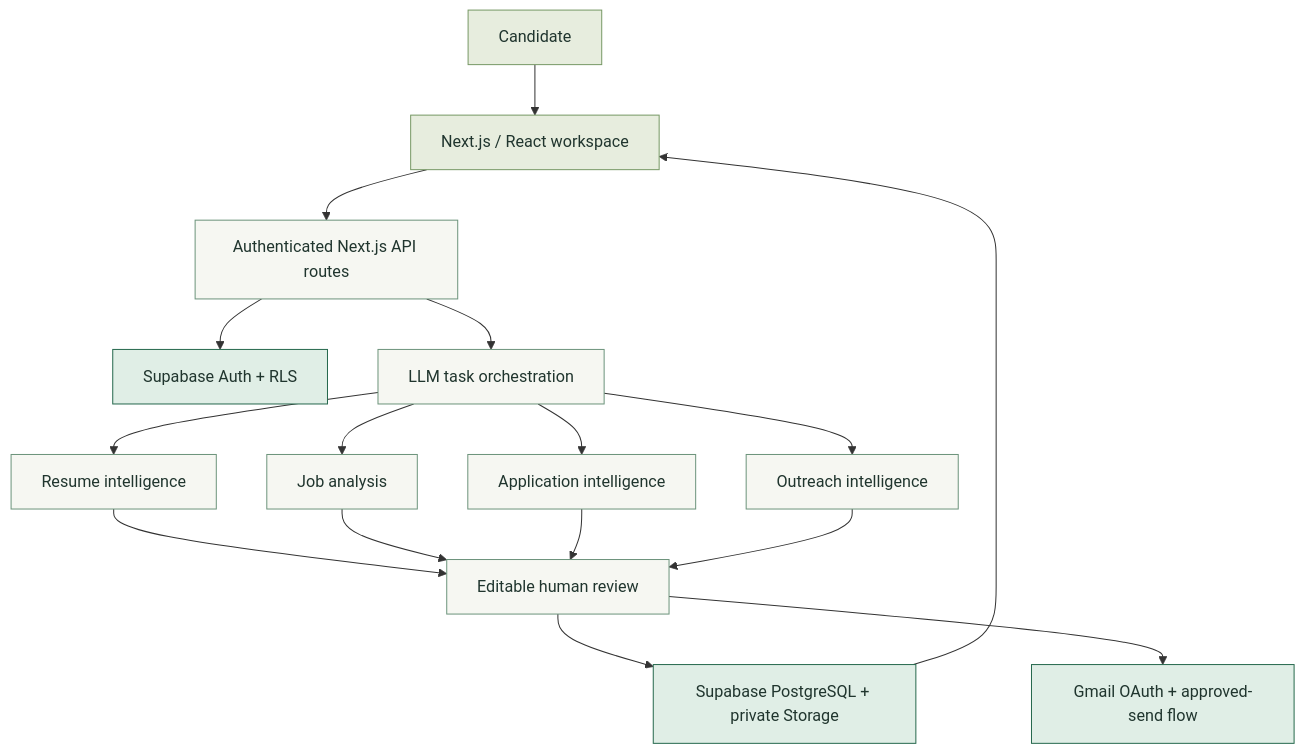
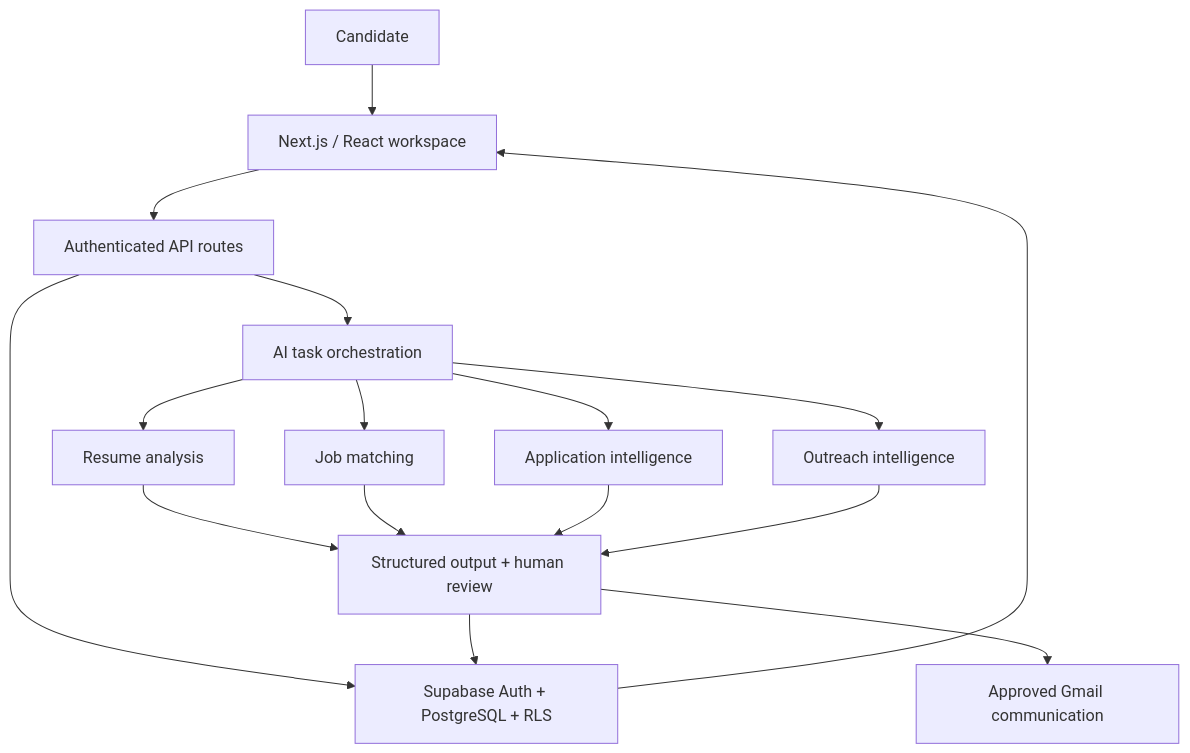
Before and after one commit to MukundGarg/outreach: the diagram in README.md, drawn with Mermaid. The commit also changed other lines of this file, not shown here.

Commit message:
docs: replace pitch-style README with detailed product and architecture documentation

```diff
--- a/README.md
+++ b/README.md
@@ -108,24 +174,18 @@
 ~~~mermaid
 flowchart TD
-    U["Candidate"] --> W["Next.js / React workspace"]
-    W --> API["Authenticated Next.js API routes"]
-    API --> AUTH["Supabase Auth + RLS"]
-    API --> ORCH["LLM task orchestration"]
-    ORCH --> R["Resume intelligence"]
-    ORCH --> J["Job analysis"]
-    ORCH --> A["Application intelligence"]
-    ORCH --> O["Outreach intelligence"]
-    R --> REVIEW["Editable human review"]
-    J --> REVIEW
-    A --> REVIEW
-    O --> REVIEW
-    REVIEW --> DB["Supabase PostgreSQL + private Storage"]
-    REVIEW --> MAIL["Gmail OAuth + approved-send flow"]
-    DB --> W
-    classDef ui fill:#e7edde,stroke:#789966,color:#20352e
-    classDef logic fill:#f6f7f2,stroke:#6d947c,color:#20352e
-    classDef data fill:#e0eee6,stroke:#27694e,color:#20352e
-    class U,W ui
-    class API,ORCH,R,J,A,O,REVIEW logic
-    class AUTH,DB,MAIL data
+    User["Candidate"] --> UI["Next.js / React workspace"]
+    UI --> API["Authenticated API routes"]
+    API --> DB["Supabase Auth + PostgreSQL + RLS"]
+    API --> AI["AI task orchestration"]
+    AI --> Resume["Resume analysis"]
+    AI --> Job["Job matching"]
+    AI --> App["Application intelligence"]
+    AI --> Outreach["Outreach intelligence"]
+    Resume --> Review["Structured output + human review"]
+    Job --> Review
+    App --> Review
+    Outreach --> Review
+    Review --> DB
+    Review --> Email["Approved Gmail communication"]
+    DB --> UI
 ~~~
```
